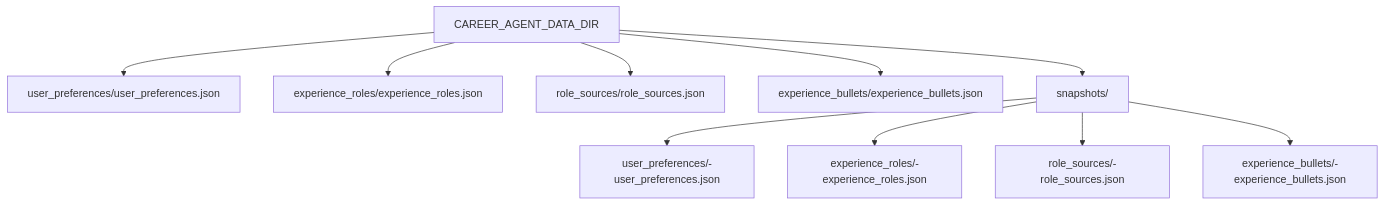
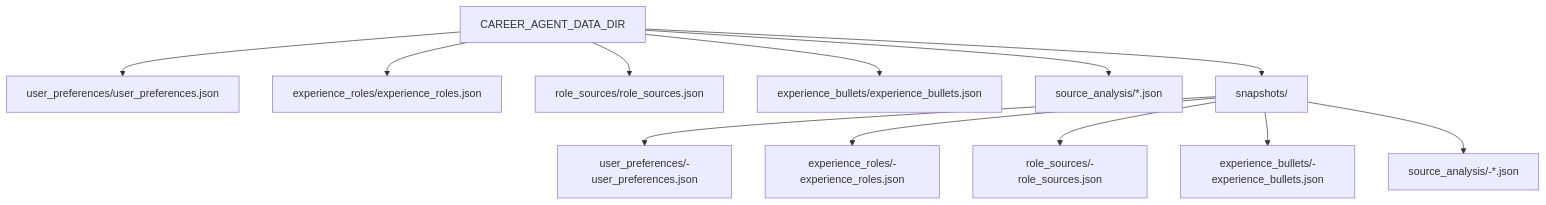
Before and after one commit to rsauers0/career-agent: the fifth of 5 diagrams in docs/diagrams.md, drawn with Mermaid. The commit also changed 6 other files, not shown here.

First line of the commit message:
Add source analysis repository

````diff
--- a/docs/diagrams.md
+++ b/docs/diagrams.md
@@ -93,15 +93,17 @@
 ```mermaid
 flowchart TD
     DataDir["CAREER_AGENT_DATA_DIR"]
 
     DataDir --> Preferences["user_preferences/user_preferences.json"]
     DataDir --> Roles["experience_roles/experience_roles.json"]
     DataDir --> Sources["role_sources/role_sources.json"]
     DataDir --> Bullets["experience_bullets/experience_bullets.json"]
+    DataDir --> Analysis["source_analysis/*.json"]
     DataDir --> Snapshots["snapshots/"]
 
     Snapshots --> PreferenceSnapshots["user_preferences/<timestamp>-user_preferences.json"]
     Snapshots --> RoleSnapshots["experience_roles/<timestamp>-experience_roles.json"]
     Snapshots --> SourceSnapshots["role_sources/<timestamp>-role_sources.json"]
     Snapshots --> BulletSnapshots["experience_bullets/<timestamp>-experience_bullets.json"]
+    Snapshots --> AnalysisSnapshots["source_analysis/<timestamp>-*.json"]
 ```
````
